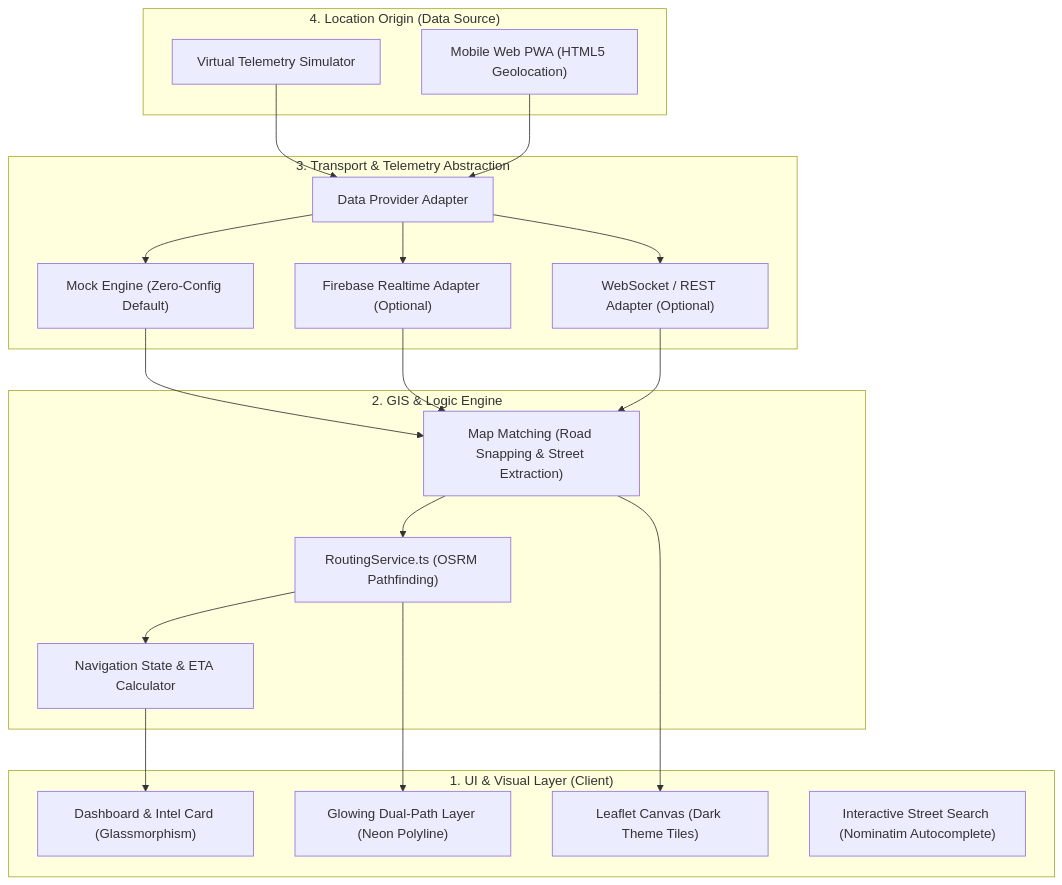
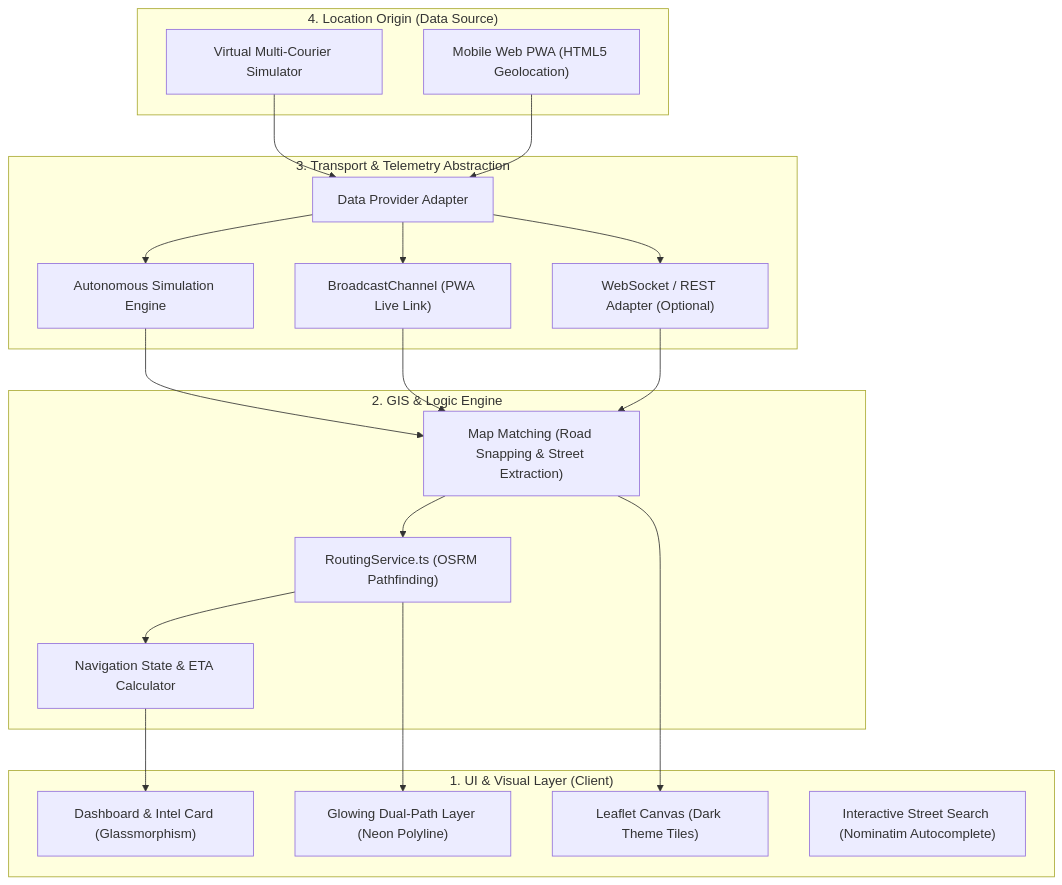
Before and after one commit to mohamed-khairy-5i/opentrack-os: the first of 6 diagrams in ARCHITECTURE_ROADMAP.md, drawn with Mermaid. The commit also changed other lines of this file and 10 other files, not shown here.

Commit message:
chore: purge firebase dependencies, isolate local guide, and activate zero-cost PWA telemetry

````diff
--- a/ARCHITECTURE_ROADMAP.md
+++ b/ARCHITECTURE_ROADMAP.md
@@ -10,41 +10,41 @@
 ```mermaid
 graph TD
     subgraph UI_Layer ["1. UI & Visual Layer (Client)"]
         A["Dashboard & Intel Card (Glassmorphism)"]
         B["Leaflet Canvas (Dark Theme Tiles)"]
         C["Glowing Dual-Path Layer (Neon Polyline)"]
         D["Interactive Street Search (Nominatim Autocomplete)"]
     end
 
     subgraph Logic_Layer ["2. GIS & Logic Engine"]
         E["RoutingService.ts (OSRM Pathfinding)"]
         F["Map Matching (Road Snapping & Street Extraction)"]
         G["Navigation State & ETA Calculator"]
     end
 
     subgraph Data_Layer ["3. Transport & Telemetry Abstraction"]
         H["Data Provider Adapter"]
-        I["Mock Engine (Zero-Config Default)"]
-        J["Firebase Realtime Adapter (Optional)"]
+        I["Autonomous Simulation Engine"]
+        J["BroadcastChannel (PWA Live Link)"]
         K["WebSocket / REST Adapter (Optional)"]
     end
 
     subgraph Driver_Layer ["4. Location Origin (Data Source)"]
-        L["Virtual Telemetry Simulator"]
+        L["Virtual Multi-Courier Simulator"]
         M["Mobile Web PWA (HTML5 Geolocation)"]
     end
 
     L --> H
     M --> H
     H --> I
     H --> J
     H --> K
     I --> F
     J --> F
     K --> F
     F --> E
     E --> G
     G --> A
     E --> C
     F --> B
 ```
````
